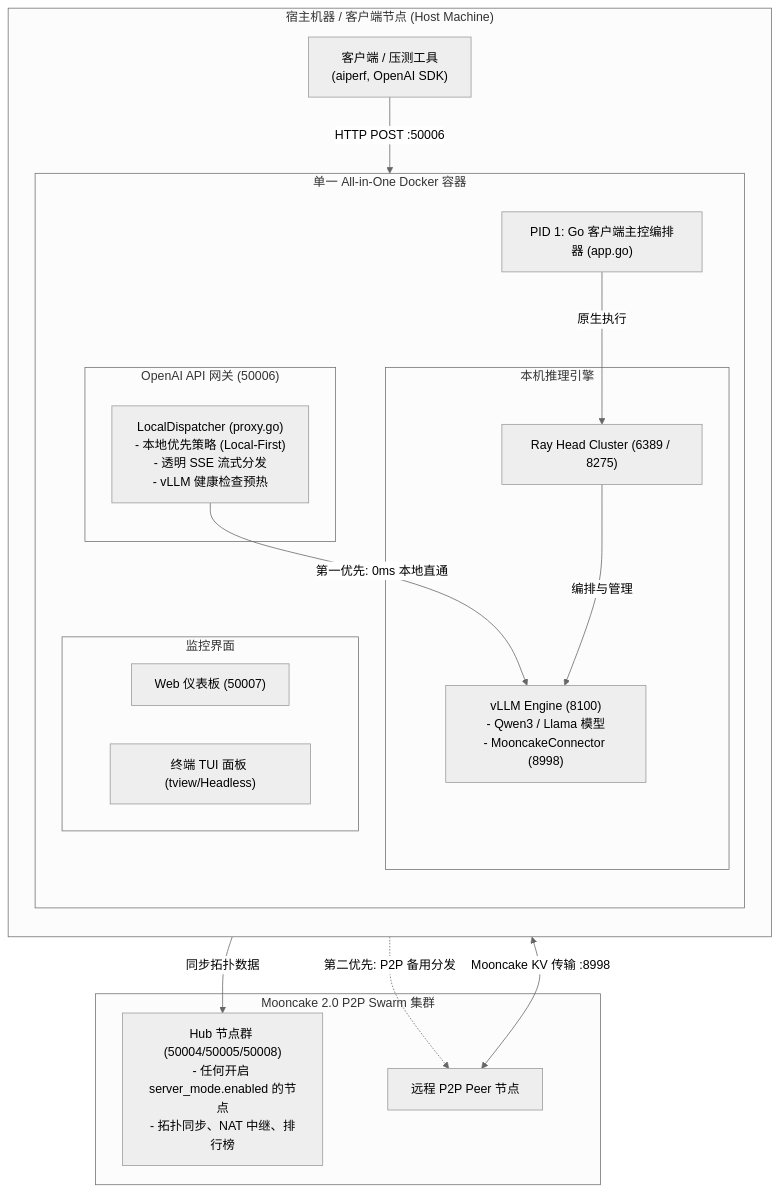
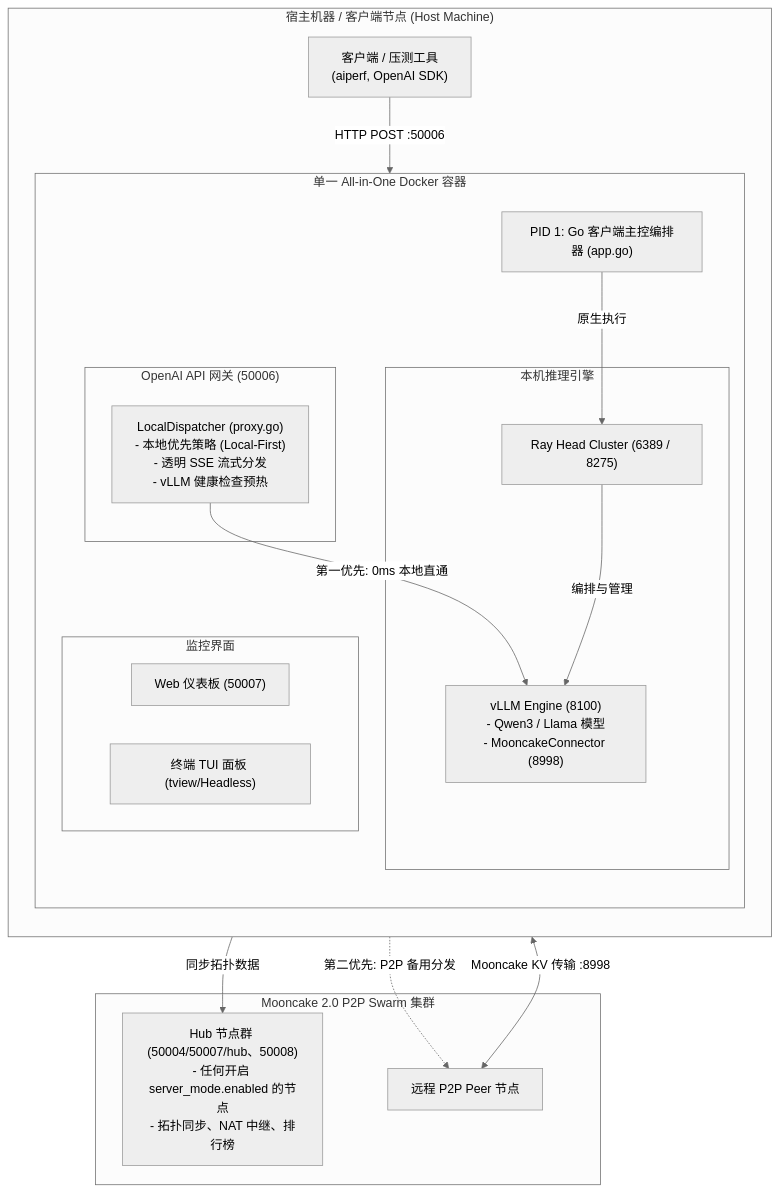
Before and after one commit to lhu-csie-dclab/yuanyi: the diagram in README_zh-CN.md, drawn with Mermaid (neutral theme). The commit also changed other lines of this file and 13 other files, not shown here.

````diff
--- a/README_zh-CN.md
+++ b/README_zh-CN.md
@@ -50,39 +50,39 @@
 ```mermaid
 flowchart TB
     subgraph ClientHost["宿主机器 / 客户端节点 (Host Machine)"]
         direction TB
         APICaller["客户端 / 压测工具\n(aiperf, OpenAI SDK)"]
         
         subgraph Container["单一 All-in-One Docker 容器"]
             direction TB
             GoAgent["PID 1: Go 客户端主控编排器 (app.go)"]
             
             subgraph GatewayLayer["OpenAI API 网关 (50006)"]
                 Dispatcher["LocalDispatcher (proxy.go)\n- 本地优先策略 (Local-First)\n- 透明 SSE 流式分发\n- vLLM 健康检查预热"]
             end
             
             subgraph EngineLayer["本机推理引擎"]
                 RayHead["Ray Head Cluster (6389 / 8275)"]
                 VLLM["vLLM Engine (8100)\n- Qwen3 / Llama 模型\n- MooncakeConnector (8998)"]
             end
             
             subgraph Dashboards["监控界面"]
                 WebUI["Web 仪表板 (50007)"]
                 TUI["终端 TUI 面板 (tview/Headless)"]
             end
         end
     end
     
     subgraph Swarm["Mooncake 2.0 P2P Swarm 集群"]
-        HubNode["Hub 节点群 (50004/50005/50008)\n- 任何开启 server_mode.enabled 的节点\n- 拓扑同步、NAT 中继、排行榜"]
+        HubNode["Hub 节点群 (50004/50007/hub、50008)\n- 任何开启 server_mode.enabled 的节点\n- 拓扑同步、NAT 中继、排行榜"]
         RemotePeer["远程 P2P Peer 节点"]
     end
     
     APICaller -->|HTTP POST :50006| Dispatcher
     Dispatcher -->|第一优先: 0ms 本地直通| VLLM
     Dispatcher -.->|第二优先: P2P 备用分发| RemotePeer
     GoAgent -->|原生执行| RayHead
     RayHead -->|编排与管理| VLLM
     GoAgent -->|同步拓扑数据| HubNode
     VLLM <-->|Mooncake KV 传输 :8998| RemotePeer
 ```
````
